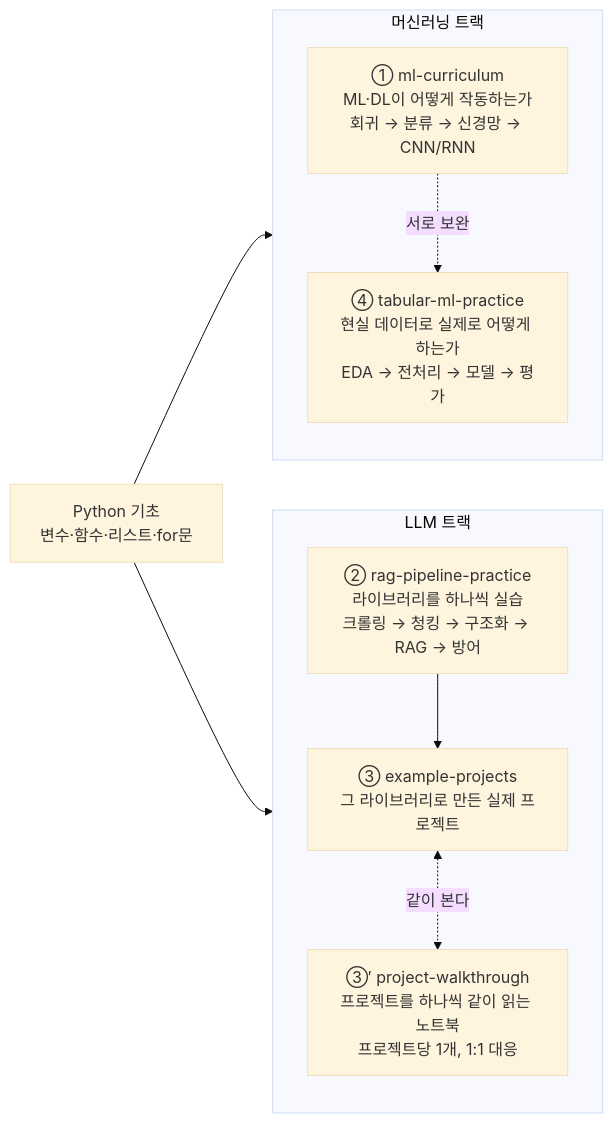
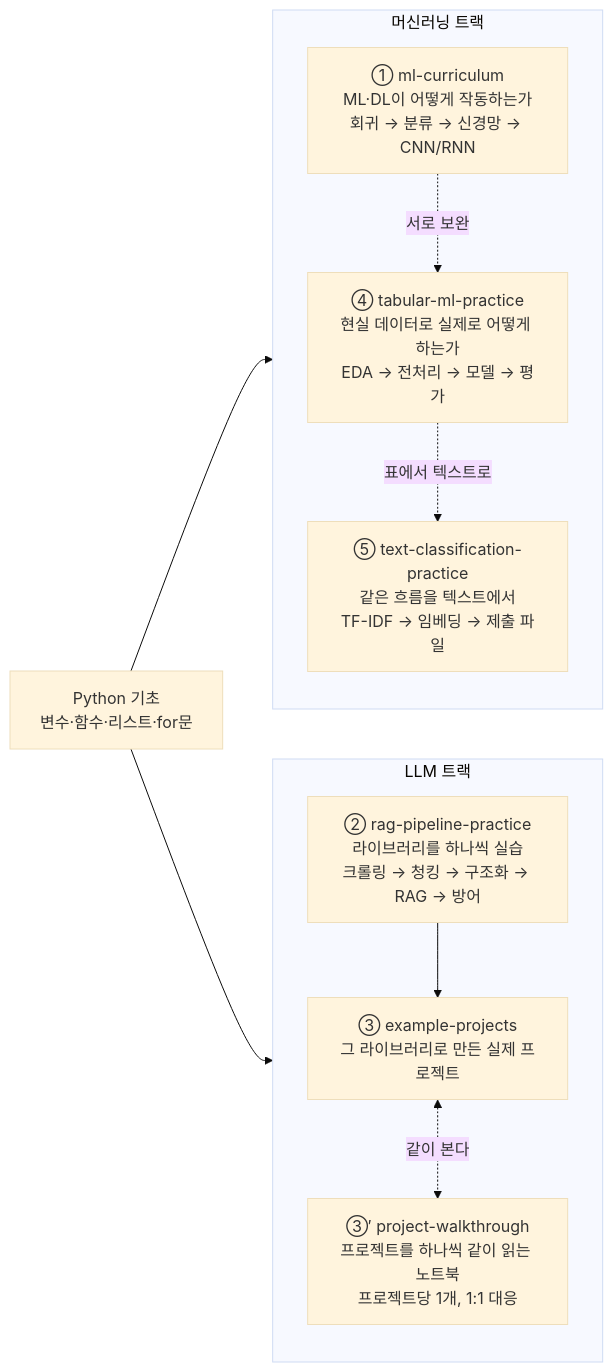
Before and after one commit to karzit/temp: the diagram in README.md, drawn with Mermaid (base theme). The commit also changed other lines of this file and 12 other files, not shown here.

````diff
--- a/README.md
+++ b/README.md
@@ -61,23 +63,25 @@
 ```mermaid
 flowchart LR
     P["Python 기초<br/>변수·함수·리스트·for문"]
 
     subgraph ML["머신러닝 트랙"]
         direction TB
         A["① ml-curriculum<br/>ML·DL이 어떻게 작동하는가<br/>회귀 → 분류 → 신경망 → CNN/RNN"]
         D["④ tabular-ml-practice<br/>현실 데이터로 실제로 어떻게 하는가<br/>EDA → 전처리 → 모델 → 평가"]
+        T["⑤ text-classification-practice<br/>같은 흐름을 텍스트에서<br/>TF-IDF → 임베딩 → 제출 파일"]
         A -. 서로 보완 .-> D
+        D -. 표에서 텍스트로 .-> T
     end
 
     subgraph LLM["LLM 트랙"]
         direction TB
         B["② rag-pipeline-practice<br/>라이브러리를 하나씩 실습<br/>크롤링 → 청킹 → 구조화 → RAG → 방어"]
         C["③ example-projects<br/>그 라이브러리로 만든 실제 프로젝트"]
         W["③′ project-walkthrough<br/>프로젝트를 하나씩 같이 읽는 노트북<br/>프로젝트당 1개, 1:1 대응"]
         B --> C
         C <-. 같이 본다 .-> W
     end
 
     P --> ML
     P --> LLM
 ```
````
